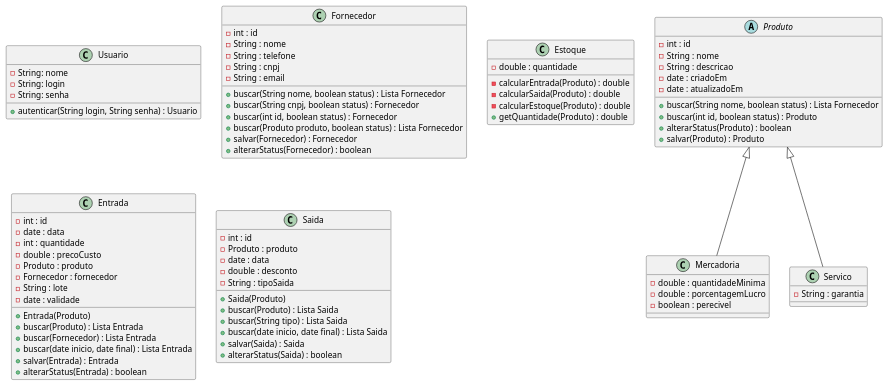
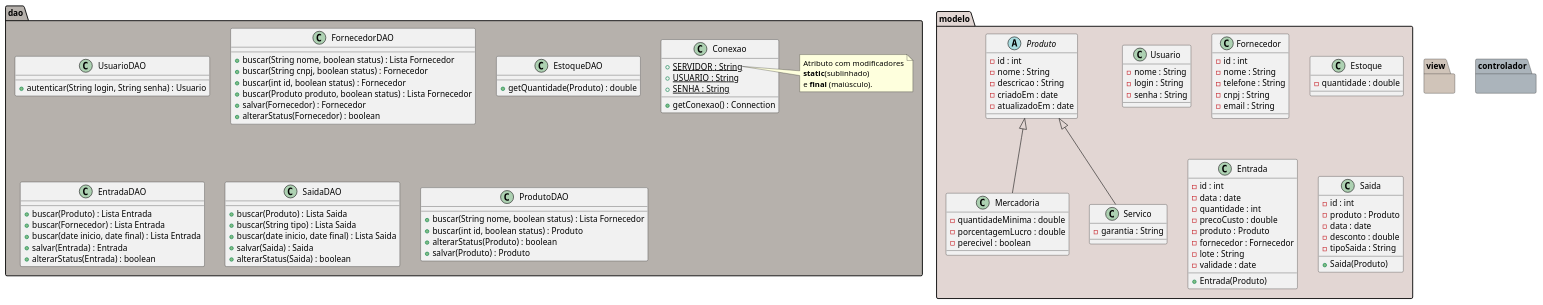
One commit to lucasljf/erp changed the diagram in documentos/diagClasses01.puml. Above: the diagram before and after it, drawn with PlantUML. The commit also changed 1 other file, not shown here.

Commit message:
Atualização do diagrama de classes
Criação dos pacotes e classes DAO.

```diff
--- a/documentos/diagClasses01.puml
+++ b/documentos/diagClasses01.puml
@@ -1,88 +1,124 @@
 @startuml
 
-class Usuario {
-    - String: nome
-    - String: login
-    - String: senha
-    + autenticar(String login, String senha) : Usuario
+package modelo #e2d6d3 {
+    class Usuario {
+        - nome : String
+        - login : String
+        - senha : String
+    }
+
+    class Fornecedor {
+        - id : int
+        - nome : String
+        - telefone : String
+        - cnpj : String
+        - email : String
+    }
+
+    class Estoque {
+        - quantidade : double
+    }
+
+    class Entrada {
+        - id : int
+        - data : date
+        - quantidade : int
+        - precoCusto : double
+        - produto : Produto
+        - fornecedor : Fornecedor
+        - lote : String
+        - validade : date
+        + Entrada(Produto)
+    }
+
+
+    class Saida {
+        - id : int
+        - produto : Produto
+        - data : date
+        - desconto : double
+        - tipoSaida : String
+        + Saida(Produto)
+    }
+
+    abstract class Produto {
+        - id : int
+        - nome : String
+        - descricao : String
+        - criadoEm : date
+        - atualizadoEm : date
+    }
+
+    class Mercadoria extends Produto {
+        - quantidadeMinima : double
+        - porcentagemLucro : double
+        - perecivel : boolean
+    }
+
+    class Servico extends Produto {
+        - garantia : String
+    }
 }
 
-class Fornecedor {
-    - int : id
-    - String : nome
-    - String : telefone
-    - String : cnpj
-    - String : email
-    + buscar(String nome, boolean status) : Lista Fornecedor
-    + buscar(String cnpj, boolean status) : Fornecedor
-    + buscar(int id, boolean status) : Fornecedor
-    + buscar(Produto produto, boolean status) : Lista Fornecedor
-    + salvar(Fornecedor) : Fornecedor
-    + alterarStatus(Fornecedor) : boolean
+package dao #b6b1ac {
+    class Conexao {
+        + {static} SERVIDOR : String
+        + {static} USUARIO : String
+        + {static} SENHA : String
+        + getConexao() : Connection
+    }
+
+    note right of Conexao::SERVIDOR
+      Atributo com modificadores
+      **static**(sublinhado)
+      e **final** (maiúsculo).
+    end note
+
+    class UsuarioDAO {
+        + autenticar(String login, String senha) : Usuario
+    }
+
+    class FornecedorDAO {
+        + buscar(String nome, boolean status) : Lista Fornecedor
+        + buscar(String cnpj, boolean status) : Fornecedor
+        + buscar(int id, boolean status) : Fornecedor
+        + buscar(Produto produto, boolean status) : Lista Fornecedor
+        + salvar(Fornecedor) : Fornecedor
+        + alterarStatus(Fornecedor) : boolean
+    }
+
+    class EstoqueDAO {
+        + getQuantidade(Produto) : double
+    }
+
+    class EntradaDAO {
+        + buscar(Produto) : Lista Entrada
+        + buscar(Fornecedor) : Lista Entrada
+        + buscar(date inicio, date final) : Lista Entrada
+        + salvar(Entrada) : Entrada
+        + alterarStatus(Entrada) : boolean
+    }
+
+    class SaidaDAO {
+        + buscar(Produto) : Lista Saida
+        + buscar(String tipo) : Lista Saida
+        + buscar(date inicio, date final) : Lista Saida
+        + salvar(Saida) : Saida
+        + alterarStatus(Saida) : boolean
+    }
+
+    class ProdutoDAO {
+        + buscar(String nome, boolean status) : Lista Fornecedor
+        + buscar(int id, boolean status) : Produto
+        + alterarStatus(Produto) : boolean
+        + salvar(Produto) : Produto
+    }
 }
 
-class Estoque {
-    - double : quantidade
-    - calcularEntrada(Produto) : double
-    - calcularSaida(Produto) : double
-    - calcularEstoque(Produto) : double
-    + getQuantidade(Produto) : double
+package view #d0c4b9 {
 }
 
-class Entrada {
-    - int : id
-    - date : data
-    - int : quantidade
-    - double : precoCusto
-    - Produto : produto
-    - Fornecedor : fornecedor
-    - String : lote
-    - date : validade
-    + Entrada(Produto)
-    + buscar(Produto) : Lista Entrada
-    + buscar(Fornecedor) : Lista Entrada
-    + buscar(date inicio, date final) : Lista Entrada
-    + salvar(Entrada) : Entrada
-    + alterarStatus(Entrada) : boolean
-
-}
-
-
-class Saida {
-    - int : id
-    - Produto : produto
-    - date : data
-    - double : desconto
-    - String : tipoSaida
-    + Saida(Produto)
-    + buscar(Produto) : Lista Saida
-    + buscar(String tipo) : Lista Saida
-    + buscar(date inicio, date final) : Lista Saida
-    + salvar(Saida) : Saida
-    + alterarStatus(Saida) : boolean
-    
-}
-
-abstract class Produto {
-    - int : id
-    - String : nome
-    - String : descricao
-    - date : criadoEm
-    - date : atualizadoEm
-    + buscar(String nome, boolean status) : Lista Fornecedor
-    + buscar(int id, boolean status) : Produto
-    + alterarStatus(Produto) : boolean
-    + salvar(Produto) : Produto
-}
-
-class Mercadoria extends Produto {
-    - double : quantidadeMinima
-    - double : porcentagemLucro
-    - boolean : perecivel
-}
-
-class Servico extends Produto {
-    - String : garantia
+package controlador #abb4bb {
 }
 
 @enduml
```
